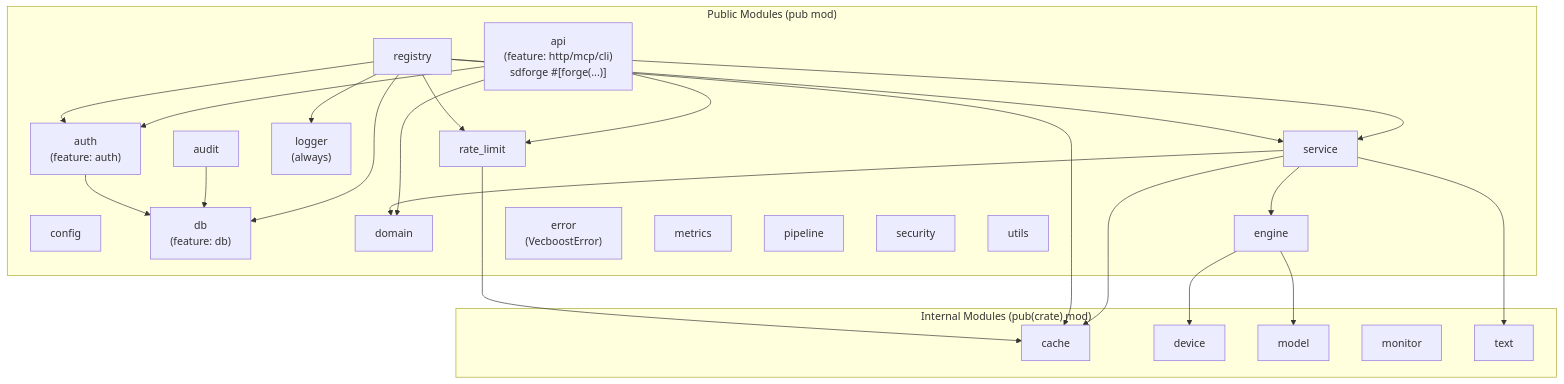
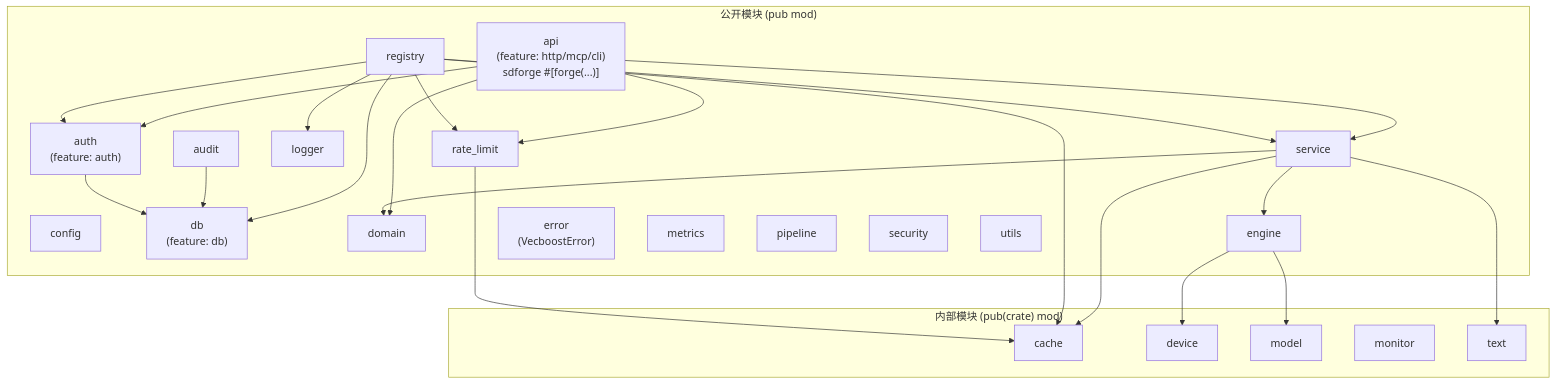
The second of 8 diagrams in docs/ARCHITECTURE.md (Kirky-X/vecboost), drawn with Mermaid before and after one commit. The commit also changed other lines of this file and 11 other files, not shown here.

````diff
--- a/docs/ARCHITECTURE.md
+++ b/docs/ARCHITECTURE.md
@@ -156,49 +294,49 @@
 ```mermaid
 graph TB
-    subgraph Public["Public Modules (pub mod)"]
+    subgraph Public["公开模块 (pub mod)"]
         api["api<br/>(feature: http/mcp/cli)<br/>sdforge #[forge(...)]"]
         audit["audit"]
         auth["auth<br/>(feature: auth)"]
         config["config"]
         db["db<br/>(feature: db)"]
         domain["domain"]
         engine["engine"]
         error["error<br/>(VecboostError)"]
-        logger["logger<br/>(always)"]
+        logger["logger"]
         metrics["metrics"]
         registry["registry"]
         pipeline["pipeline"]
         rate_limit["rate_limit"]
         security["security"]
         service["service"]
         utils["utils"]
     end
 
-    subgraph Internal["Internal Modules (pub(crate) mod)"]
+    subgraph Internal["内部模块 (pub(crate) mod)"]
         cache["cache"]
         device["device"]
         model["model"]
         monitor["monitor"]
         text["text"]
     end
 
     api --> service
     api --> domain
     api --> auth
     api --> rate_limit
     service --> engine
     service --> cache
     service --> text
     service --> domain
     engine --> model
     engine --> device
     registry --> service
     registry --> auth
     registry --> rate_limit
     registry --> cache
     registry --> db
     registry --> logger
     audit --> db
     auth --> db
     rate_limit --> cache
 ```
````
